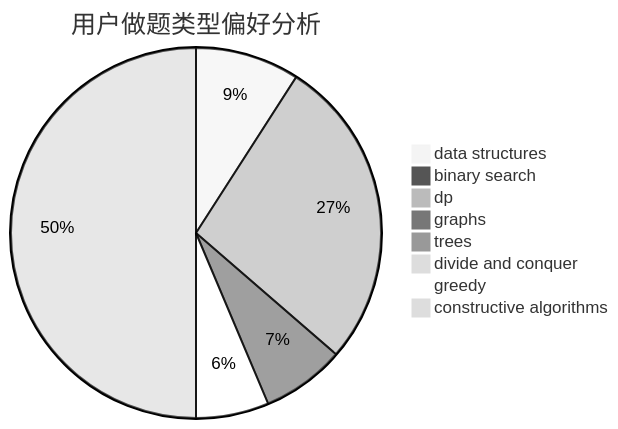
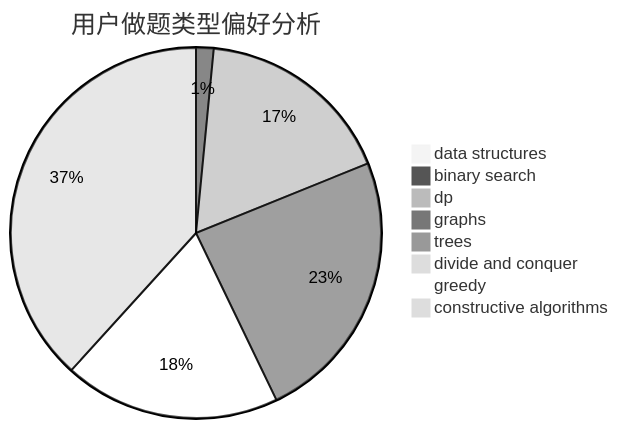
The second of 3 diagrams in docs/user/u2662.md (sherpahu/cfrs.github.io), drawn with Mermaid (neutral theme) before and after one commit. The commit also changed other lines of this file and 2770 other files, not shown here.

````diff
--- a/docs/user/u2662.md
+++ b/docs/user/u2662.md
@@ -23,11 +23,11 @@
 ```mermaid
 pie title 用户做题类型偏好分析
-    "data structures" :  10
-    "binary search" :  0
-    "dp" :  30
-    "graphs" :  8
-    "trees" :  0
-    "divide and conquer" :  0
-    "greedy" :  7
-    "constructive algorithms" :  55
+    "data structures" :  2
+    "binary search" :  3
+    "dp" :  34
+    "graphs" :  47
+    "trees" :  2
+    "divide and conquer" :  1
+    "greedy" :  37
+    "constructive algorithms" :  75
 ```
````
